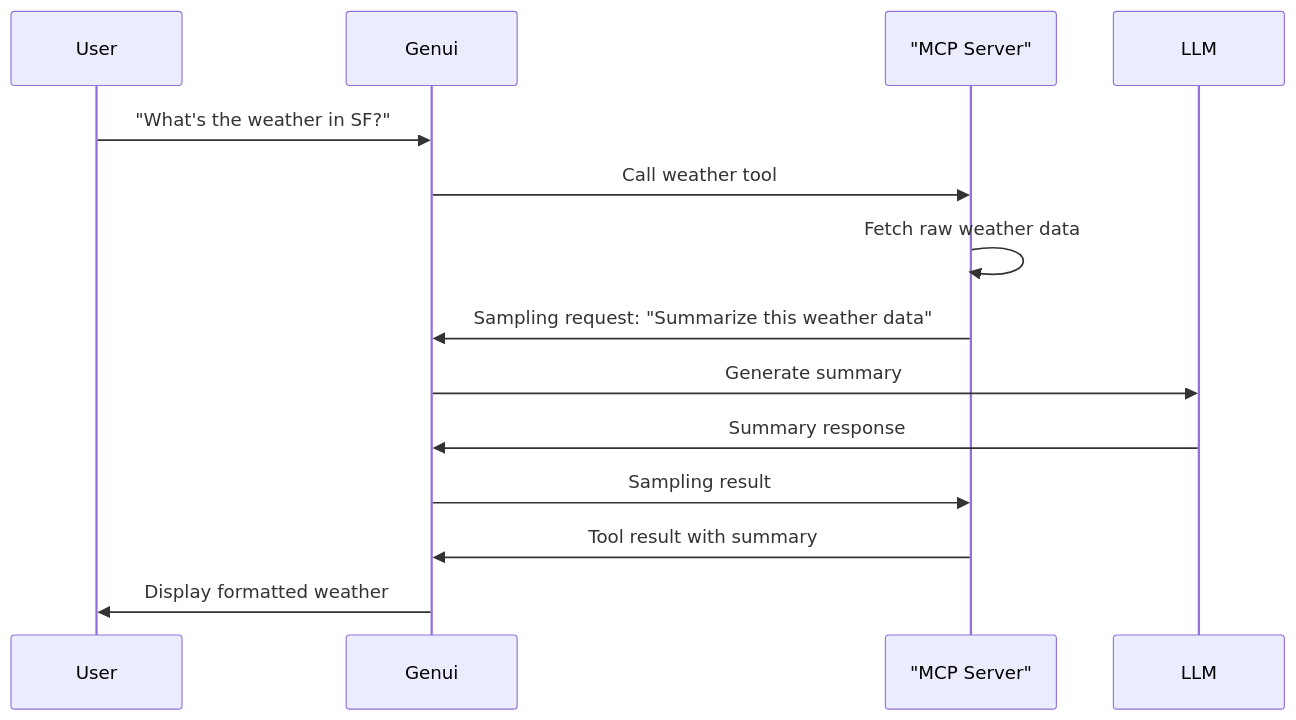
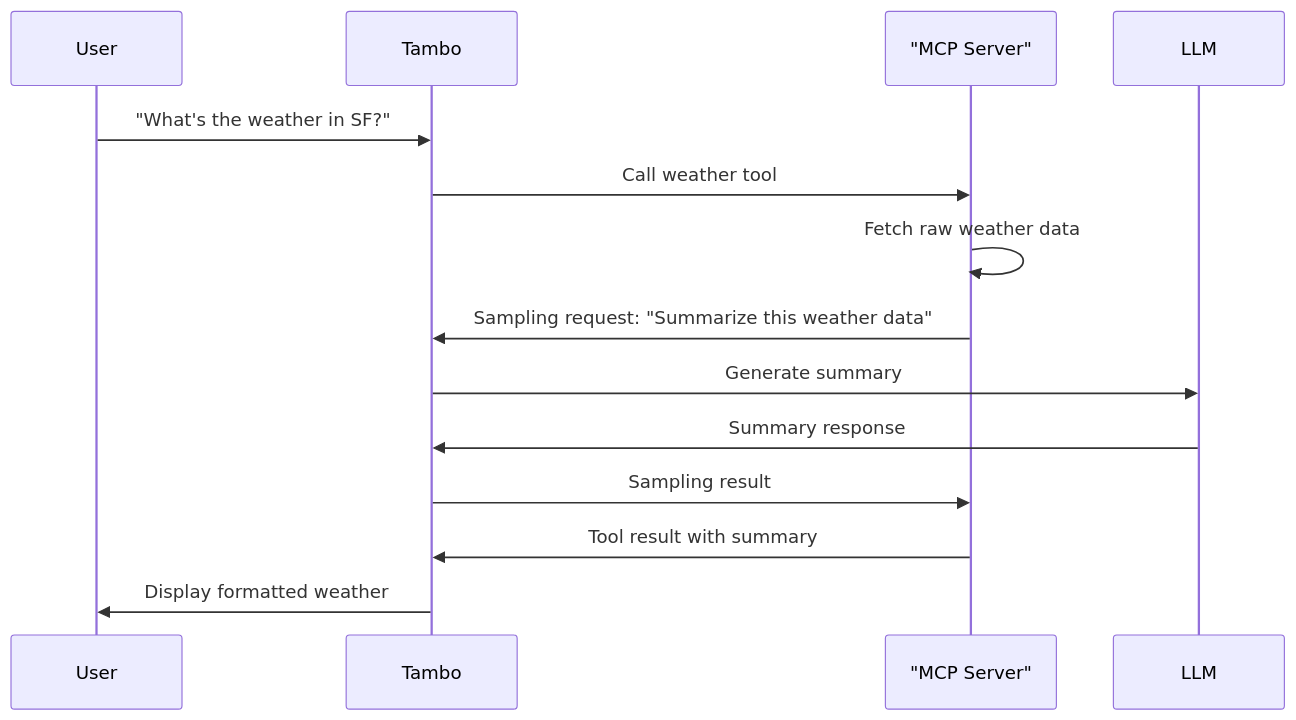
The diagram in docs/content/docs/concepts/model-context-protocol/features.mdx (awardsapp/tambo-genui), drawn with Mermaid before and after one commit. The commit also changed other lines of this file and 1111 other files, not shown here.

````diff
--- a/docs/content/docs/concepts/model-context-protocol/features.mdx
+++ b/docs/content/docs/concepts/model-context-protocol/features.mdx
@@ -319,17 +319,17 @@
 ```mermaid
 sequenceDiagram
     participant User
-    participant Genui
+    participant Tambo
     participant MCPServer as "MCP Server"
     participant LLM
 
-    User->>Genui: "What's the weather in SF?"
-    Genui->>MCPServer: Call weather tool
+    User->>Tambo: "What's the weather in SF?"
+    Tambo->>MCPServer: Call weather tool
     MCPServer->>MCPServer: Fetch raw weather data
-    MCPServer->>Genui: Sampling request: "Summarize this weather data"
-    Genui->>LLM: Generate summary
-    LLM->>Genui: Summary response
-    Genui->>MCPServer: Sampling result
-    MCPServer->>Genui: Tool result with summary
-    Genui->>User: Display formatted weather
+    MCPServer->>Tambo: Sampling request: "Summarize this weather data"
+    Tambo->>LLM: Generate summary
+    LLM->>Tambo: Summary response
+    Tambo->>MCPServer: Sampling result
+    MCPServer->>Tambo: Tool result with summary
+    Tambo->>User: Display formatted weather
 ```
````
